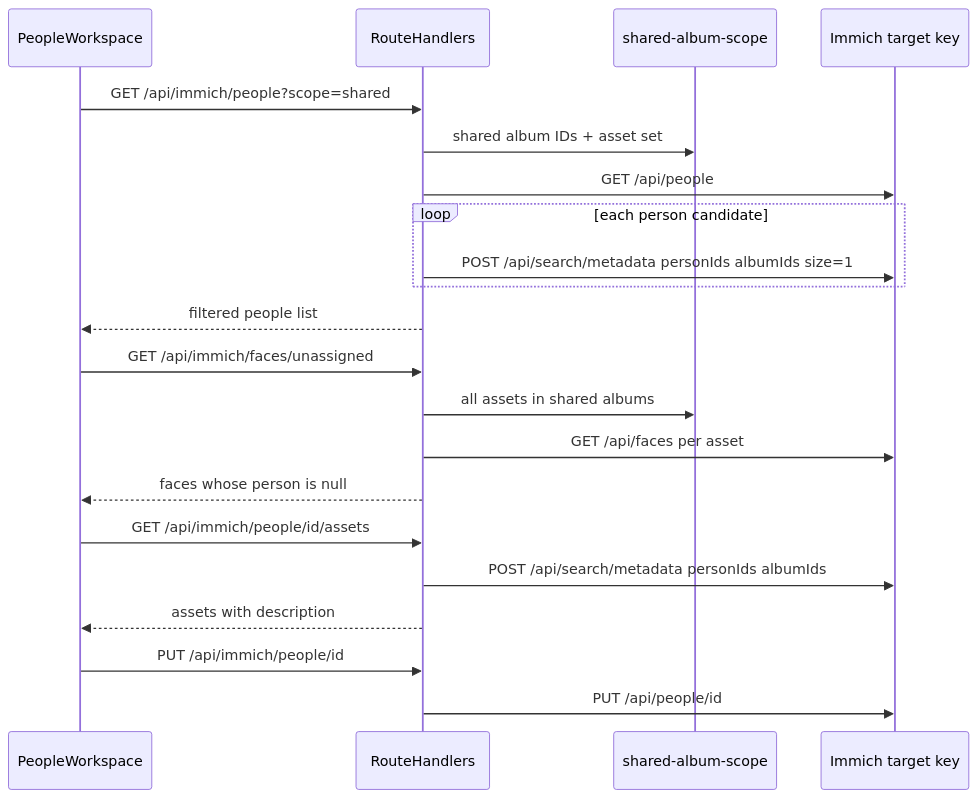
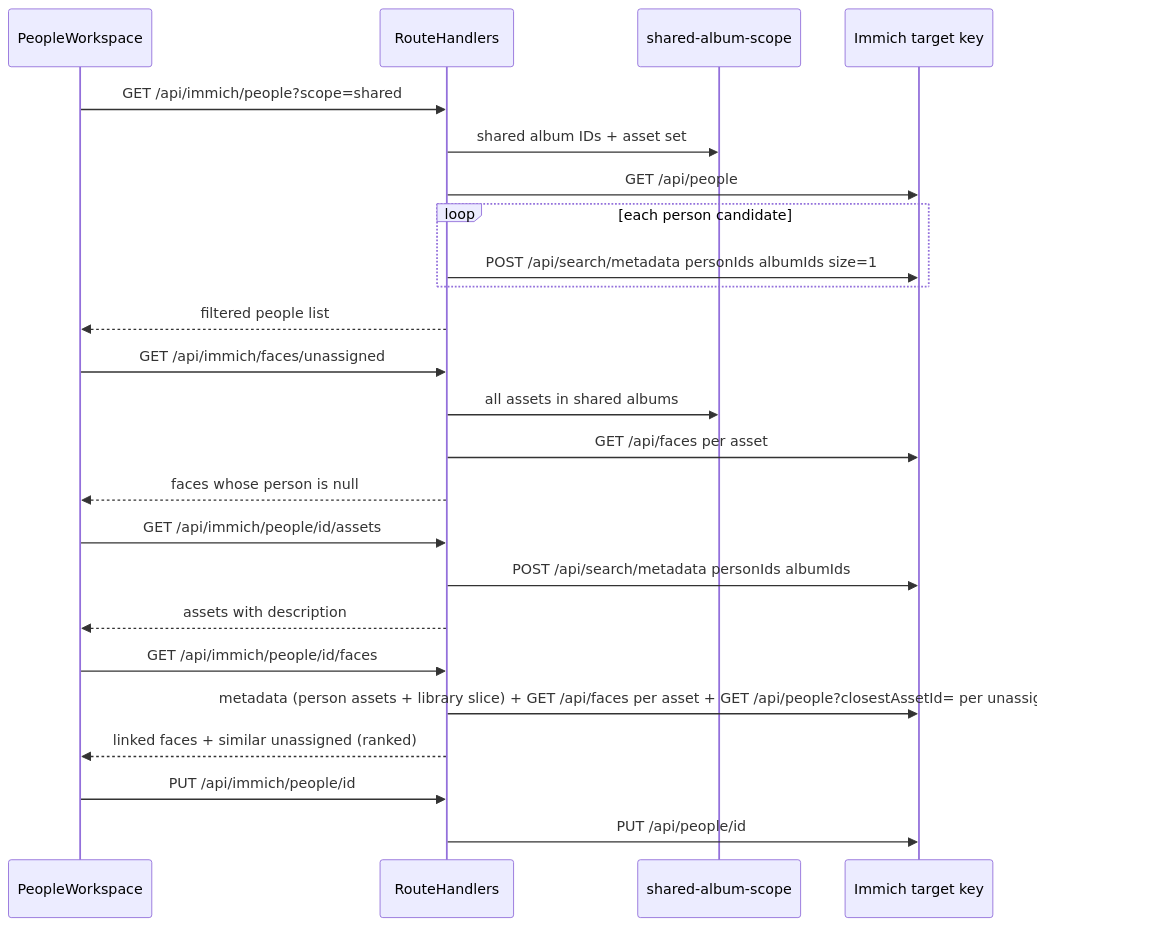
Before and after one commit to ibamsey/immich-curator: the diagram in docs/designs/DES-005-people-catalogue-and-panel.md, drawn with Mermaid. The commit also changed other lines of this file and 82 other files, not shown here.

````diff
--- a/docs/designs/DES-005-people-catalogue-and-panel.md
+++ b/docs/designs/DES-005-people-catalogue-and-panel.md
@@ -31,27 +31,31 @@
 ```mermaid
 sequenceDiagram
   participant UI as PeopleWorkspace
   participant API as RouteHandlers
   participant Lib as shared-album-scope
   participant Immich as Immich target key
 
   UI->>API: GET /api/immich/people?scope=shared
   API->>Lib: shared album IDs + asset set
   API->>Immich: GET /api/people
   loop each person candidate
     API->>Immich: POST /api/search/metadata personIds albumIds size=1
   end
   API-->>UI: filtered people list
 
   UI->>API: GET /api/immich/faces/unassigned
   API->>Lib: all assets in shared albums
   API->>Immich: GET /api/faces per asset
   API-->>UI: faces whose person is null
 
   UI->>API: GET /api/immich/people/id/assets
   API->>Immich: POST /api/search/metadata personIds albumIds
   API-->>UI: assets with description
 
+  UI->>API: GET /api/immich/people/id/faces
+  API->>Immich: metadata (person assets + library slice) + GET /api/faces per asset + GET /api/people?closestAssetId= per unassigned candidate
+  API-->>UI: linked faces + similar unassigned (ranked)
+
   UI->>API: PUT /api/immich/people/id
   API->>Immich: PUT /api/people/id
 ```
````
